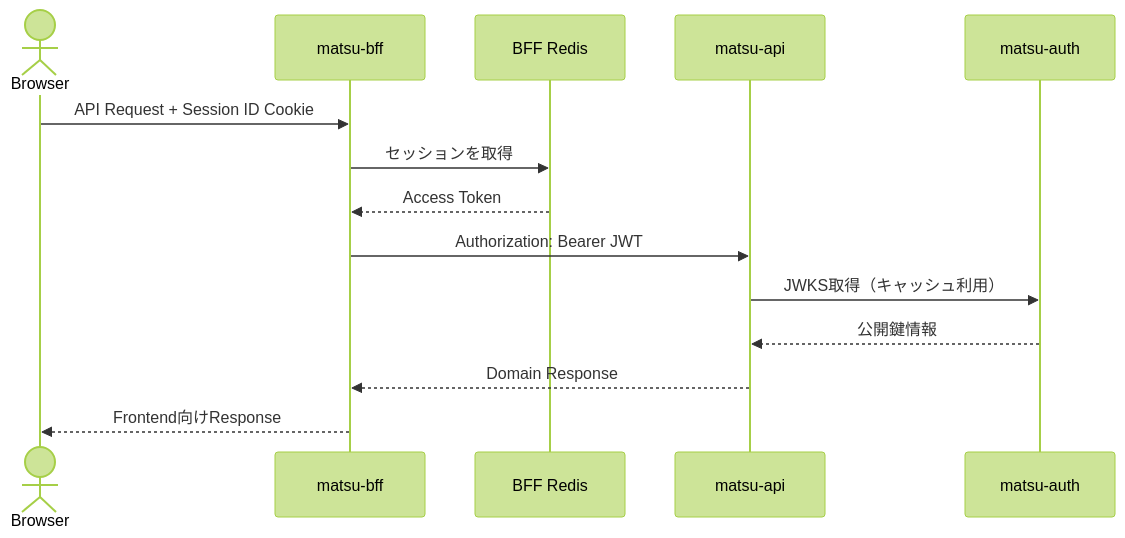
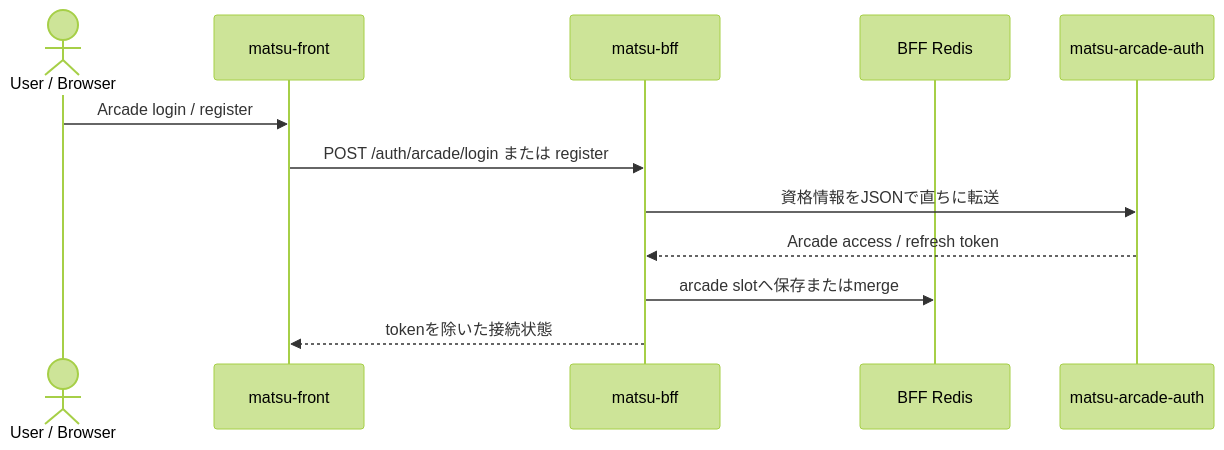
The second of 2 diagrams in docs/architecture/authentication.md (shu-matsukubo/matsu-docs), drawn with Mermaid (forest theme) before and after one commit. The commit also changed other lines of this file and 9 other files, not shown here.

````diff
--- a/docs/architecture/authentication.md
+++ b/docs/architecture/authentication.md
@@ -68,17 +85,15 @@
 ```mermaid
 sequenceDiagram
-    actor User as Browser
+    actor User as User / Browser
+    participant Front as matsu-front
     participant BFF as matsu-bff
     participant Redis as BFF Redis
-    participant API as matsu-api
-    participant Auth as matsu-auth
+    participant ArcadeAuth as matsu-arcade-auth
 
-    User->>BFF: API Request + Session ID Cookie
-    BFF->>Redis: セッションを取得
-    Redis-->>BFF: Access Token
-    BFF->>API: Authorization: Bearer JWT
-    API->>Auth: JWKS取得（キャッシュ利用）
-    Auth-->>API: 公開鍵情報
-    API-->>BFF: Domain Response
-    BFF-->>User: Frontend向けResponse
+    User->>Front: Arcade login / register
+    Front->>BFF: POST /auth/arcade/login または register
+    BFF->>ArcadeAuth: 資格情報をJSONで直ちに転送
+    ArcadeAuth-->>BFF: Arcade access / refresh token
+    BFF->>Redis: arcade slotへ保存またはmerge
+    BFF-->>Front: tokenを除いた接続状態
 ```
````
